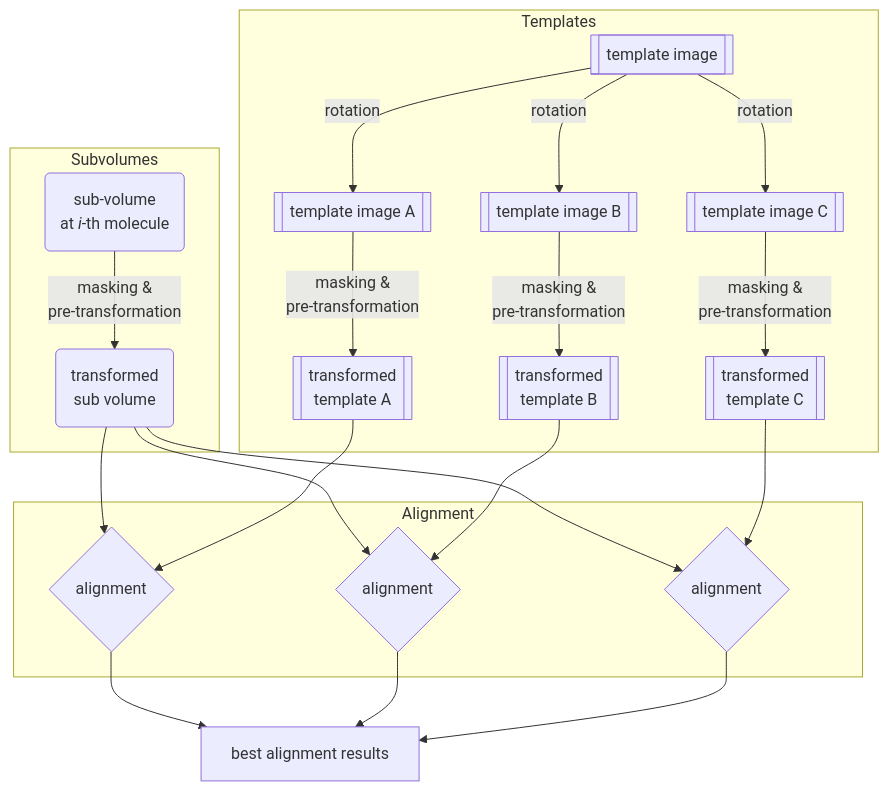
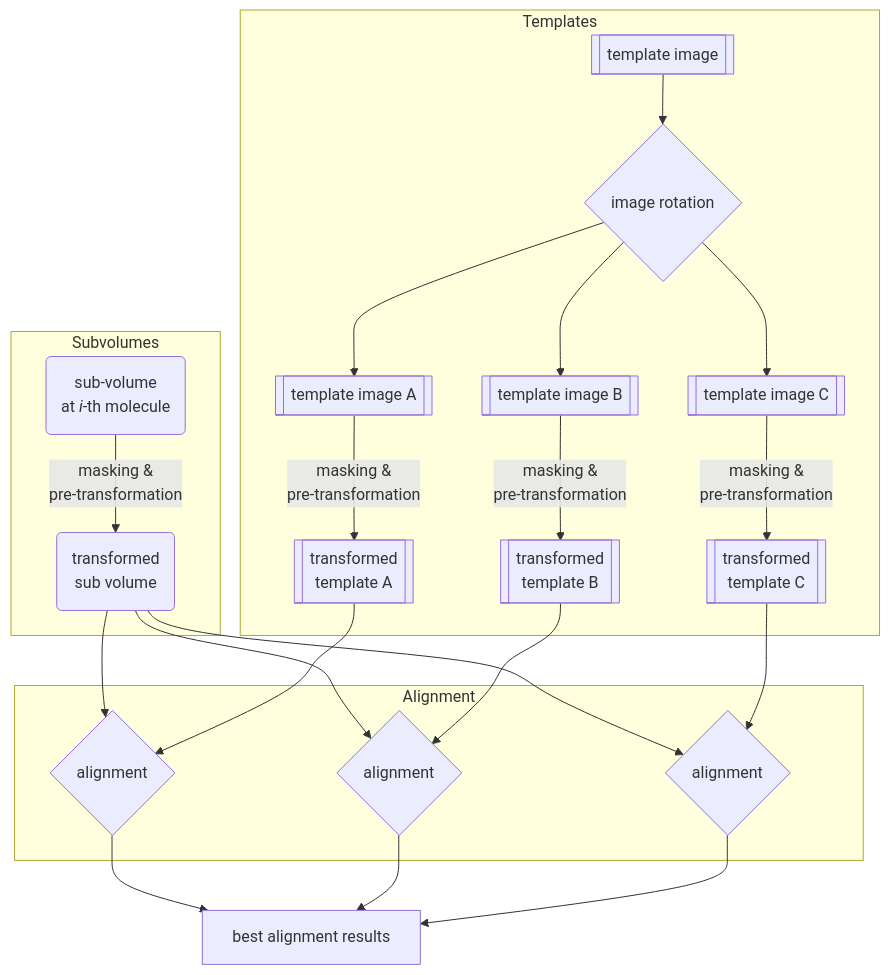
Before and after one commit to hanjinliu/acryo: the third of 3 diagrams in rst/main/alignment.rst, drawn with Mermaid. The commit also changed 2 other files, not shown here.

Commit message:
support callable mask

```diff
--- a/rst/main/alignment.rst
+++ b/rst/main/alignment.rst
@@ -62,44 +62,46 @@
 .. mermaid::
 
     graph TD
 
         subgraph Subvolumes
             vol(sub-volume\nat <i>i</i>-th molecule)
             vol_t(transformed\nsub volume)
             vol--masking &<br>pre-transformation-->vol_t
         end
 
         subgraph Templates
             tmp[[template image]]
             tmp0[[template image A]]
             tmp1[[template image B]]
             tmp2[[template image C]]
-            tmp--rotation-->tmp0
-            tmp--rotation-->tmp1
-            tmp--rotation-->tmp2
+            rot{image rotation}
+            tmp-->rot
+            rot-->tmp0
+            rot-->tmp1
+            rot-->tmp2
             tmp0_t[[transformed\ntemplate A]]
             tmp1_t[[transformed\ntemplate B]]
             tmp2_t[[transformed\ntemplate C]]
             tmp0--masking &<br>pre-transformation-->tmp0_t
             tmp1--masking &<br>pre-transformation-->tmp1_t
             tmp2--masking &<br>pre-transformation-->tmp2_t
         end
 
         subgraph Alignment
             aln0{alignment}
             aln1{alignment}
             aln2{alignment}
         end
         result[best alignment results]
 
         vol_t-->aln0
         vol_t-->aln1
         vol_t-->aln2
 
         tmp0_t-->aln0
         tmp1_t-->aln1
         tmp2_t-->aln2
 
         aln0-->result
         aln1-->result
         aln2-->result
```
